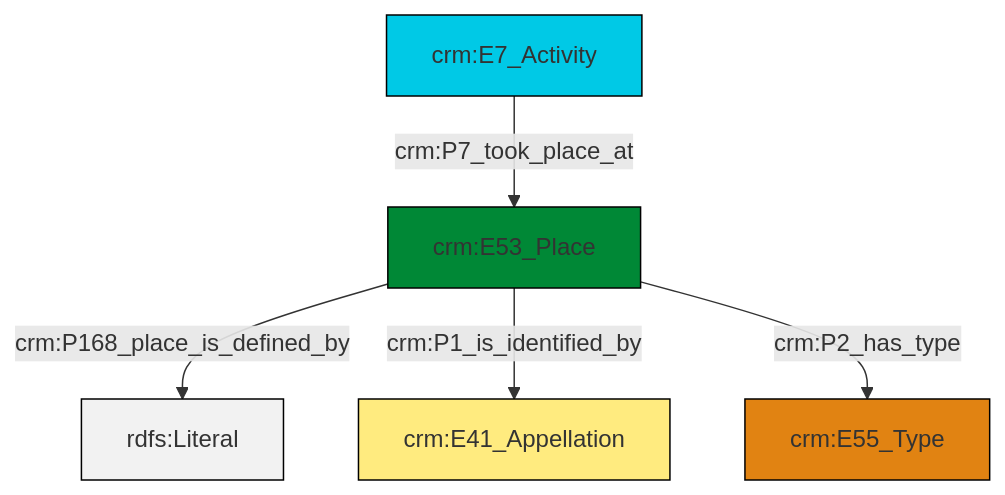
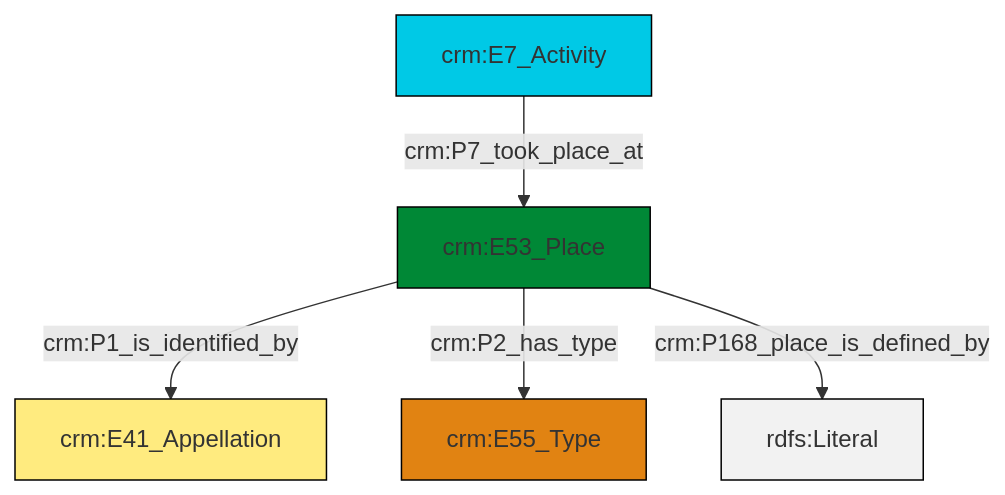
Before and after one commit to swiss-art-research-net/docs.swissartresearch: the diagram in et/eventCSV/ttl/mmd/event_location.ttl.mmd, drawn with Mermaid. The commit also changed 208 other files, not shown here.

```diff
--- a/et/eventCSV/ttl/mmd/event_location.ttl.mmd
+++ b/et/eventCSV/ttl/mmd/event_location.ttl.mmd
@@ -1,19 +1,19 @@
 graph TD
 classDef Literal fill:#f2f2f2,stroke:#000000;
 classDef CRM_Entity fill:#FFFFFF,stroke:#000000;
 classDef Temporal_Entity fill:#00C9E6, stroke:#000000;
 classDef Type fill:#E18312, stroke:#000000;
 classDef Time-Span fill:#2C9C91, stroke:#000000;
 classDef Appellation fill:#FFEB7F, stroke:#000000;
 classDef Place fill:#008836, stroke:#000000;
 classDef Persistent_Item fill:#B266B2, stroke:#000000;
 classDef Conceptual_Object fill:#FFD700, stroke:#000000;
 classDef Physical_Thing fill:#D2B48C, stroke:#000000;
 classDef Actor fill:#f58aad, stroke:#000000;
 classDef PC_Classes fill:#4ce600, stroke:#000000;
 classDef Multi fill:#cccccc,stroke:#000000;
 
-0["crm:E53_Place"]:::Place -->|crm:P168_place_is_defined_by| 1[rdfs:Literal]:::Literal
-0["crm:E53_Place"]:::Place -->|crm:P1_is_identified_by| 2["crm:E41_Appellation"]:::Appellation
-6["crm:E7_Activity"]:::Temporal_Entity -->|crm:P7_took_place_at| 0["crm:E53_Place"]:::Place
+0["crm:E53_Place"]:::Place -->|crm:P1_is_identified_by| 1["crm:E41_Appellation"]:::Appellation
+2["crm:E7_Activity"]:::Temporal_Entity -->|crm:P7_took_place_at| 0["crm:E53_Place"]:::Place
 0["crm:E53_Place"]:::Place -->|crm:P2_has_type| 4["crm:E55_Type"]:::Type
+0["crm:E53_Place"]:::Place -->|crm:P168_place_is_defined_by| 8[rdfs:Literal]:::Literal
```
